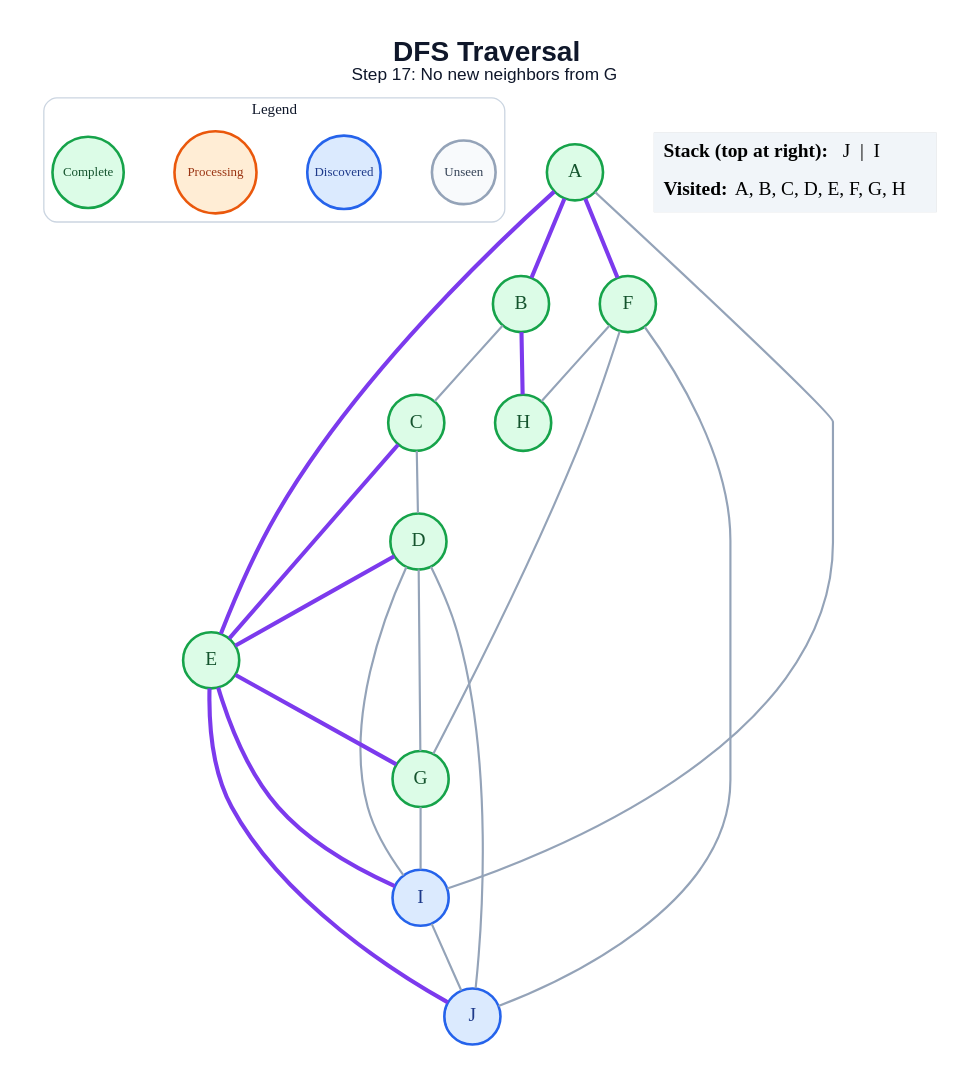
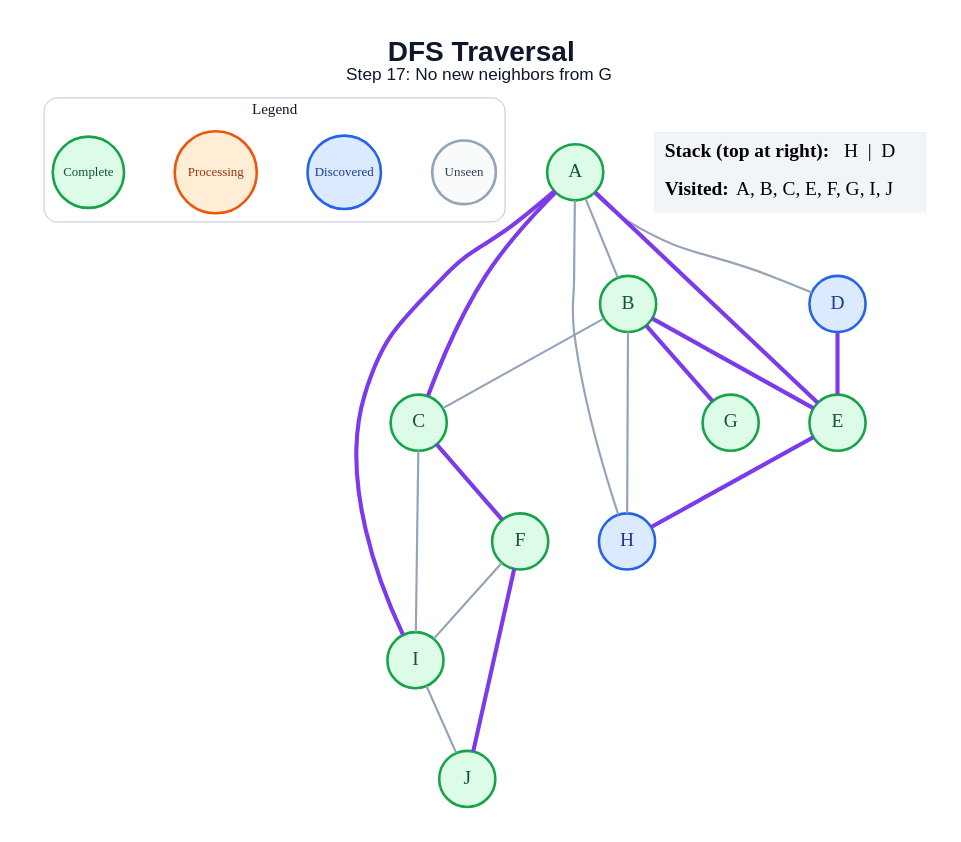
One commit to amanghodawala9/ai-slop changed the diagram in generated/specific-node/dfs/step_17.dot. Above: the diagram before and after it, drawn with Graphviz. The commit also changed 178 other files, not shown here.

```diff
--- a/generated/specific-node/dfs/step_17.dot
+++ b/generated/specific-node/dfs/step_17.dot
@@ -1,49 +1,46 @@
 graph traversal {
   graph [layout=dot, rankdir=TB, bgcolor="#FFFFFF", pad="0.35", nodesep="0.65", ranksep="0.8", fontname="Arial"];
   node [shape=circle, style="filled", fontname="Arial Bold", fontsize=18, width=0.72, fixedsize=true, penwidth=2.4];
   edge [color="#94A3B8", penwidth=2.0];
   label=<<B>DFS Traversal</B><BR/><FONT POINT-SIZE="16">Step 17: No new neighbors from G</FONT>>; labelloc="t"; fontsize=26; fontname="Arial"; fontcolor="#0F172A";
   subgraph cluster_legend { label="Legend"; color="#CBD5E1"; penwidth=1.2; style="rounded"; fontsize=14; fontname="Arial Bold";
     key_unseen [label="Unseen", fillcolor="#F8FAFC", color="#94A3B8", fontcolor="#334155", fontsize=12, width=0.82];
     key_frontier [label="Discovered", fillcolor="#DBEAFE", color="#2563EB", fontcolor="#1E3A8A", fontsize=12, width=0.95];
     key_current [label="Processing", fillcolor="#FFEDD5", color="#EA580C", fontcolor="#9A3412", fontsize=12, width=1.05];
     key_done [label="Complete", fillcolor="#DCFCE7", color="#16A34A", fontcolor="#14532D", fontsize=12, width=0.92];
     { rank=same; key_unseen; key_frontier; key_current; key_done; }
   }
   A [fillcolor="#DCFCE7", color="#16A34A", fontcolor="#14532D"];
   B [fillcolor="#DCFCE7", color="#16A34A", fontcolor="#14532D"];
   C [fillcolor="#DCFCE7", color="#16A34A", fontcolor="#14532D"];
-  D [fillcolor="#DCFCE7", color="#16A34A", fontcolor="#14532D"];
+  D [fillcolor="#DBEAFE", color="#2563EB", fontcolor="#1E3A8A"];
   E [fillcolor="#DCFCE7", color="#16A34A", fontcolor="#14532D"];
   F [fillcolor="#DCFCE7", color="#16A34A", fontcolor="#14532D"];
   G [fillcolor="#DCFCE7", color="#16A34A", fontcolor="#14532D"];
-  H [fillcolor="#DCFCE7", color="#16A34A", fontcolor="#14532D"];
-  I [fillcolor="#DBEAFE", color="#2563EB", fontcolor="#1E3A8A"];
-  J [fillcolor="#DBEAFE", color="#2563EB", fontcolor="#1E3A8A"];
-  A -- B [color="#7C3AED", penwidth=3.8];
+  H [fillcolor="#DBEAFE", color="#2563EB", fontcolor="#1E3A8A"];
+  I [fillcolor="#DCFCE7", color="#16A34A", fontcolor="#14532D"];
+  J [fillcolor="#DCFCE7", color="#16A34A", fontcolor="#14532D"];
+  A -- B;
+  A -- C [color="#7C3AED", penwidth=3.8];
+  A -- D;
   A -- E [color="#7C3AED", penwidth=3.8];
-  A -- F [color="#7C3AED", penwidth=3.8];
-  A -- I;
+  A -- H;
+  A -- I [color="#7C3AED", penwidth=3.8];
   B -- C;
-  B -- H [color="#7C3AED", penwidth=3.8];
-  C -- D;
-  C -- E [color="#7C3AED", penwidth=3.8];
+  B -- E [color="#7C3AED", penwidth=3.8];
+  B -- G [color="#7C3AED", penwidth=3.8];
+  B -- H;
+  C -- F [color="#7C3AED", penwidth=3.8];
+  C -- I;
   D -- E [color="#7C3AED", penwidth=3.8];
-  D -- G;
-  D -- I;
-  D -- J;
-  E -- G [color="#7C3AED", penwidth=3.8];
-  E -- I [color="#7C3AED", penwidth=3.8];
-  E -- J [color="#7C3AED", penwidth=3.8];
-  F -- G;
-  F -- H;
-  F -- J;
-  G -- I;
+  E -- H [color="#7C3AED", penwidth=3.8];
+  F -- I;
+  F -- J [color="#7C3AED", penwidth=3.8];
   I -- J;
   status [shape=plain, fixedsize=false, width=0, height=0, margin=0, label=<
     <TABLE BORDER="0" CELLBORDER="0" CELLPADDING="7" BGCOLOR="#F1F5F9">
-      <TR><TD ALIGN="LEFT"><B>Stack (top at right):</B> J  |  I</TD></TR>
-      <TR><TD ALIGN="LEFT"><B>Visited:</B> A, B, C, D, E, F, G, H</TD></TR>
+      <TR><TD ALIGN="LEFT"><B>Stack (top at right):</B> H  |  D</TD></TR>
+      <TR><TD ALIGN="LEFT"><B>Visited:</B> A, B, C, E, F, G, I, J</TD></TR>
     </TABLE>
   >];
 }
```
